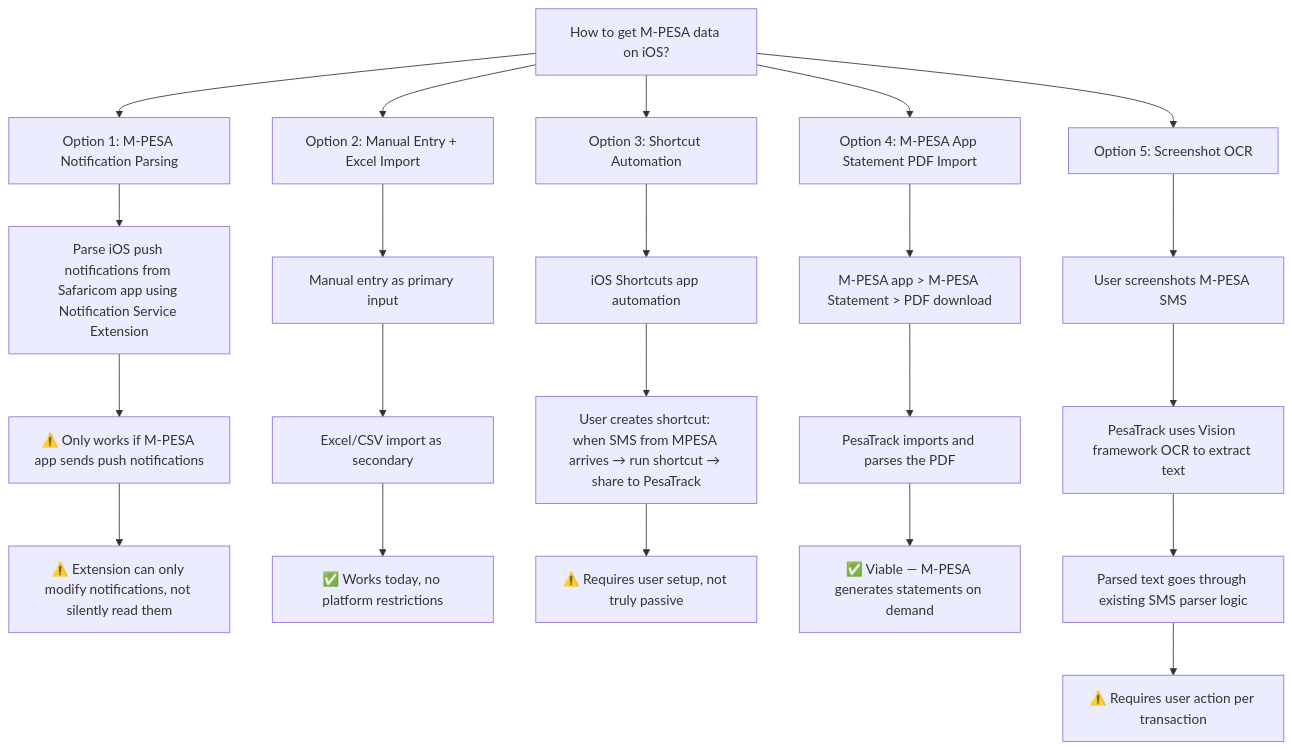
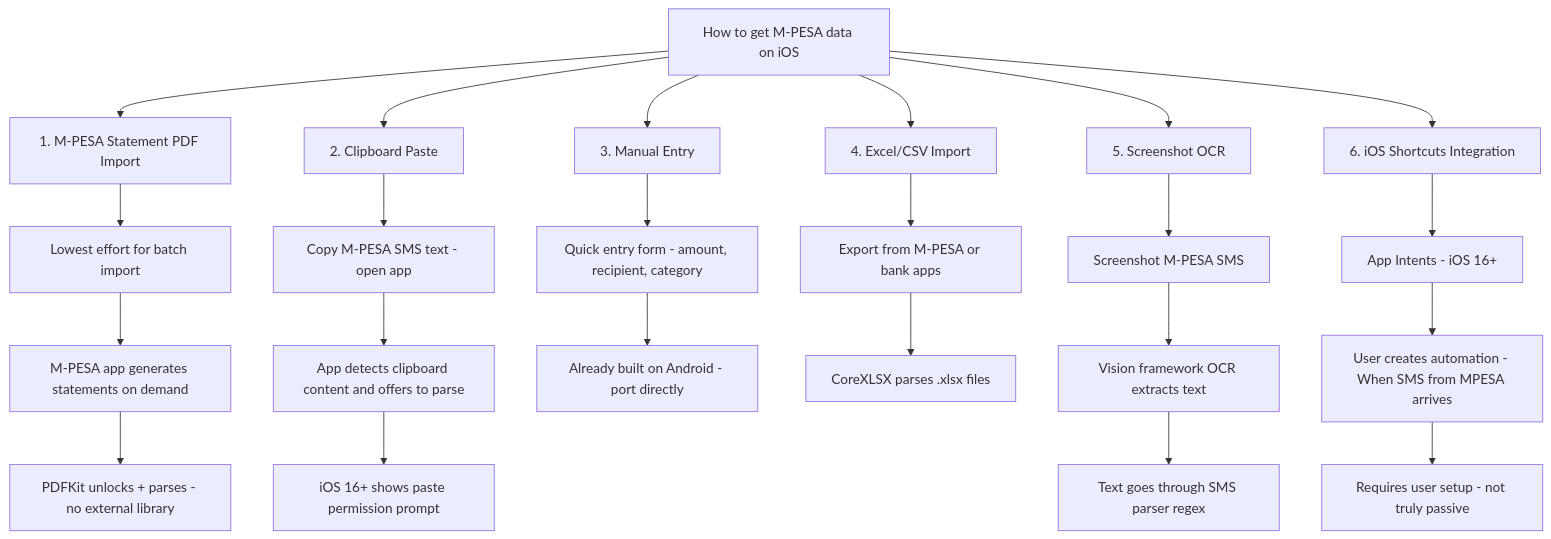
One commit to J-Mumo/PesaTrack changed the first of 2 diagrams in plans/ios-implementation-plan.md. Above: the diagram before and after it, drawn with Mermaid. The commit also changed other lines of this file and 15 other files, not shown here.

````diff
--- a/plans/ios-implementation-plan.md
+++ b/plans/ios-implementation-plan.md
@@ -72,29 +152,31 @@
 ```mermaid
 flowchart TD
-    A[How to get M-PESA data on iOS?] --> B[Option 1: M-PESA Notification Parsing]
-    A --> C[Option 2: Manual Entry + Excel Import]
-    A --> D[Option 3: Shortcut Automation]
-    A --> E[Option 4: M-PESA App Statement PDF Import]
-    A --> F[Option 5: Screenshot OCR]
+    A[How to get M-PESA data on iOS] --> B[1. M-PESA Statement PDF Import]
+    A --> C[2. Clipboard Paste]
+    A --> D[3. Manual Entry]
+    A --> E[4. Excel/CSV Import]
+    A --> F[5. Screenshot OCR]
+    A --> G[6. iOS Shortcuts Integration]
     
-    B --> B1[Parse iOS push notifications from Safaricom app using Notification Service Extension]
-    B1 --> B2[⚠️ Only works if M-PESA app sends push notifications]
-    B2 --> B3[⚠️ Extension can only modify notifications, not silently read them]
+    B --> B1[Lowest effort for batch import]
+    B1 --> B2[M-PESA app generates statements on demand]
+    B2 --> B3[PDFKit unlocks + parses - no external library]
     
-    C --> C1[Manual entry as primary input]
-    C1 --> C2[Excel/CSV import as secondary]
-    C2 --> C3[✅ Works today, no platform restrictions]
+    C --> C1[Copy M-PESA SMS text - open app]
+    C1 --> C2[App detects clipboard content and offers to parse]
+    C2 --> C3[iOS 16+ shows paste permission prompt]
     
-    D --> D1[iOS Shortcuts app automation]
-    D1 --> D2[User creates shortcut: when SMS from MPESA arrives → run shortcut → share to PesaTrack]
-    D2 --> D3[⚠️ Requires user setup, not truly passive]
+    D --> D1[Quick entry form - amount, recipient, category]
+    D1 --> D2[Already built on Android - port directly]
     
-    E --> E1[M-PESA app > M-PESA Statement > PDF download]
-    E1 --> E2[PesaTrack imports and parses the PDF]
-    E2 --> E3[✅ Viable — M-PESA generates statements on demand]
+    E --> E1[Export from M-PESA or bank apps]
+    E1 --> E2[CoreXLSX parses .xlsx files]
     
-    F --> F1[User screenshots M-PESA SMS]
-    F1 --> F2[PesaTrack uses Vision framework OCR to extract text]
-    F2 --> F3[Parsed text goes through existing SMS parser logic]
-    F3 --> F4[⚠️ Requires user action per transaction]
+    F --> F1[Screenshot M-PESA SMS]
+    F1 --> F2[Vision framework OCR extracts text]
+    F2 --> F3[Text goes through SMS parser regex]
+    
+    G --> G1[App Intents - iOS 16+]
+    G1 --> G2[User creates automation - When SMS from MPESA arrives]
+    G2 --> G3[Requires user setup - not truly passive]
 ```
````
